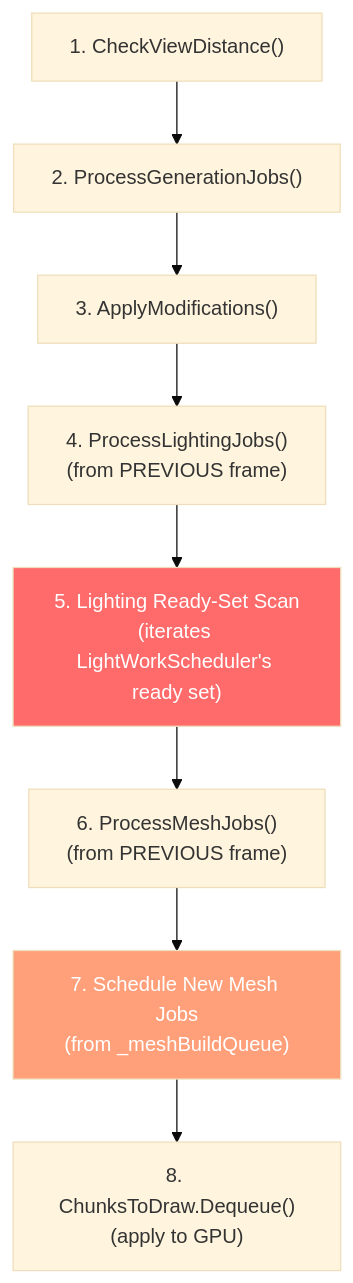
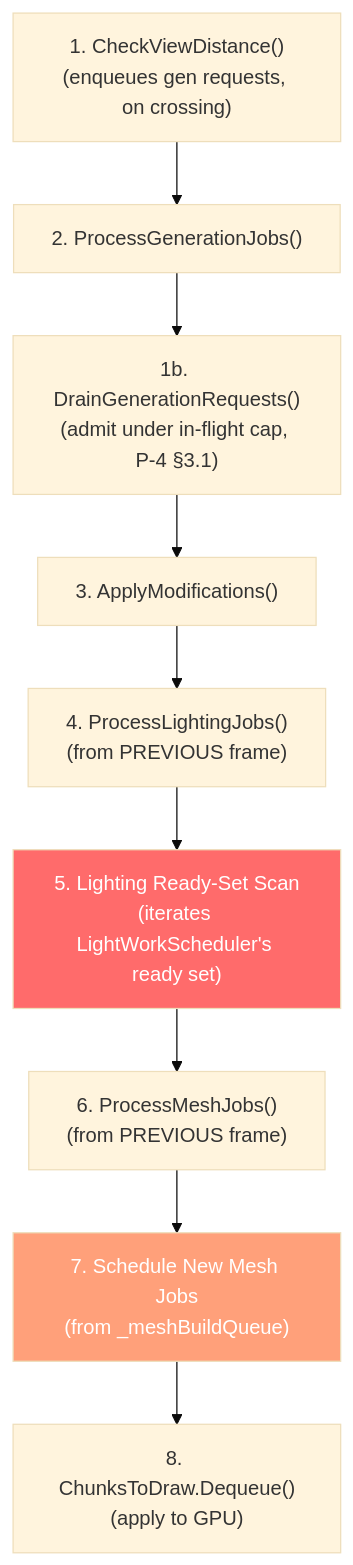
Before and after one commit to A-Van-Gestel/Unity-Minecraft_Clone: the second of 8 diagrams in Documentation/Architecture/CHUNK_LIFECYCLE_PIPELINE.md, drawn with Mermaid (base theme). The commit also changed other lines of this file and 7 other files, not shown here.

Commit message:
Added: generation in-flight cap + out-of-range discard (P-4 §3.1/§3.2) -> per-frame DrainGenerationRequests under OM-1-calibrated maxInFlightGenerationJobs + completion-time discard beyond unload boundary; docs synced

````diff
--- a/Documentation/Architecture/CHUNK_LIFECYCLE_PIPELINE.md
+++ b/Documentation/Architecture/CHUNK_LIFECYCLE_PIPELINE.md
@@ -134,12 +134,13 @@
 ```mermaid
 flowchart TD
-    A["1. CheckViewDistance()"] --> B["2. ProcessGenerationJobs()"]
-    B --> C["3. ApplyModifications()"]
+    A["1. CheckViewDistance()<br/>(enqueues gen requests, on crossing)"] --> B["2. ProcessGenerationJobs()"]
+    B --> B1b["1b. DrainGenerationRequests()<br/>(admit under in-flight cap, P-4 §3.1)"]
+    B1b --> C["3. ApplyModifications()"]
     C --> D["4. ProcessLightingJobs()<br/>(from PREVIOUS frame)"]
     D --> E["5. Lighting Ready-Set Scan<br/>(iterates LightWorkScheduler's ready set)"]
     E --> F["6. ProcessMeshJobs()<br/>(from PREVIOUS frame)"]
     F --> G["7. Schedule New Mesh Jobs<br/>(from _meshBuildQueue)"]
     G --> H["8. ChunksToDraw.Dequeue()<br/>(apply to GPU)"]
     style E fill: #ff6b6b, color: #fff
     style G fill: #ffa07a, color: #fff
 ```
````
